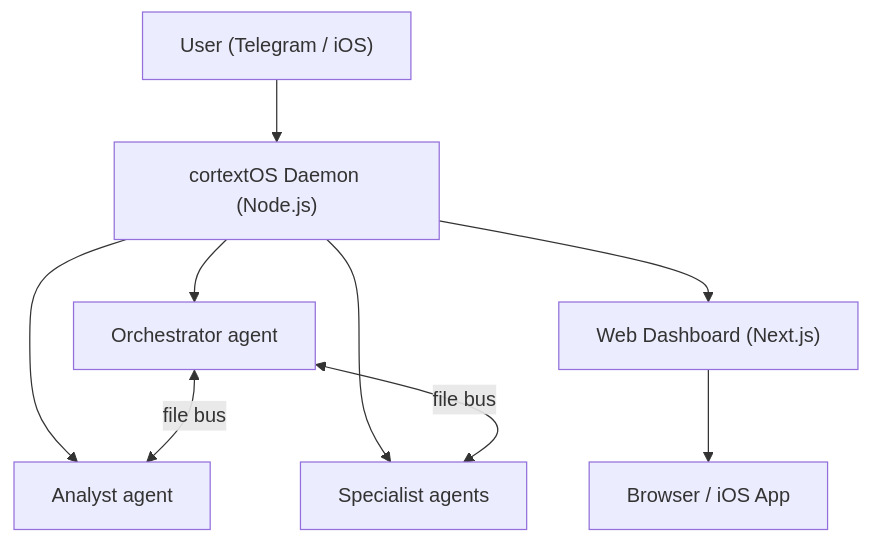
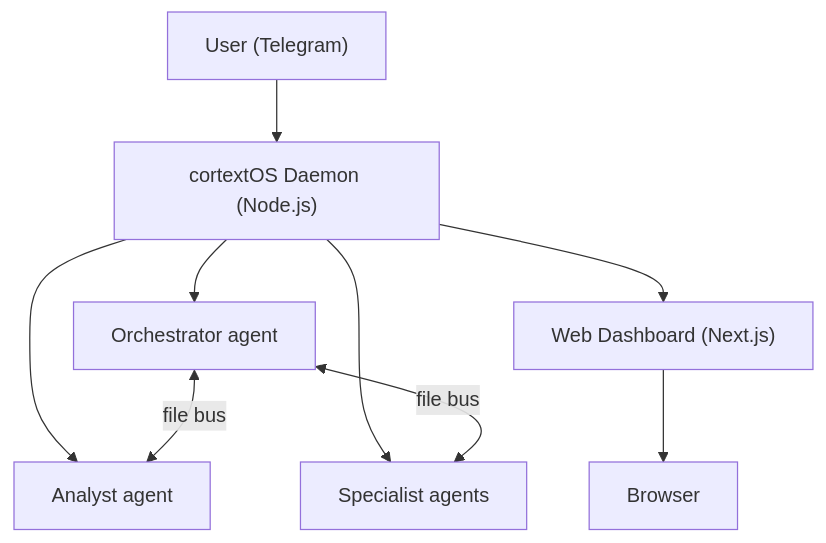
One commit to grandamenium/cortextos changed the diagram in README.md. Above: the diagram before and after it, drawn with Mermaid. The commit also changed other lines of this file and 12 other files, not shown here.

````diff
--- a/README.md
+++ b/README.md
@@ -41,11 +41,11 @@
 ```mermaid
 flowchart TD
-    U["User (Telegram / iOS)"] --> CLI["cortextOS Daemon (Node.js)"]
+    U["User (Telegram)"] --> CLI["cortextOS Daemon (Node.js)"]
     CLI --> O["Orchestrator agent"]
     CLI --> A["Analyst agent"]
     CLI --> W["Specialist agents"]
     O <-->|file bus| A
     O <-->|file bus| W
     CLI --> D["Web Dashboard (Next.js)"]
-    D --> U2["Browser / iOS App"]
+    D --> U2["Browser"]
 ```
````
